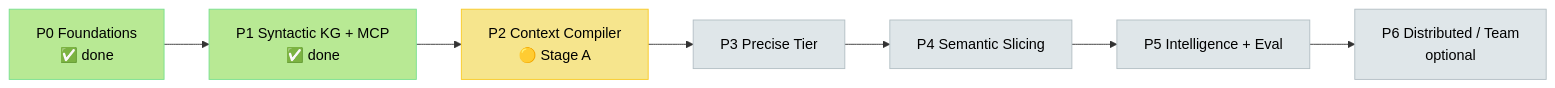
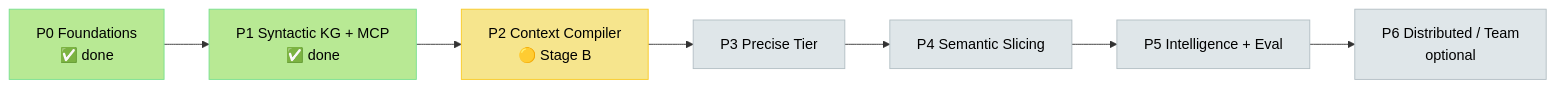
Before and after one commit to Md-Jazbee/prism: the first of 2 diagrams in docs/planning/TASKS-AND-PROGRESS.md, drawn with Mermaid. The commit also changed other lines of this file and 35 other files, not shown here.

````diff
--- a/docs/planning/TASKS-AND-PROGRESS.md
+++ b/docs/planning/TASKS-AND-PROGRESS.md
@@ -26,17 +26,17 @@
 ```mermaid
 flowchart LR
     P0[P0 Foundations<br/>✅ done] --> P1[P1 Syntactic KG + MCP<br/>✅ done]
-    P1 --> P2[P2 Context Compiler<br/>🟡 Stage A]
+    P1 --> P2[P2 Context Compiler<br/>🟡 Stage B]
     P2 --> P3[P3 Precise Tier]
     P3 --> P4[P4 Semantic Slicing]
     P4 --> P5[P5 Intelligence + Eval]
     P5 --> P6[P6 Distributed / Team<br/>optional]
 
     style P0 fill:#b8e994,stroke:#78e08f,color:#000
     style P1 fill:#b8e994,stroke:#78e08f,color:#000
     style P2 fill:#f6e58d,stroke:#f9ca24,color:#000
     style P3 fill:#dfe6e9,stroke:#b2bec3,color:#000
     style P4 fill:#dfe6e9,stroke:#b2bec3,color:#000
     style P5 fill:#dfe6e9,stroke:#b2bec3,color:#000
     style P6 fill:#dfe6e9,stroke:#b2bec3,color:#000
 ```
````
